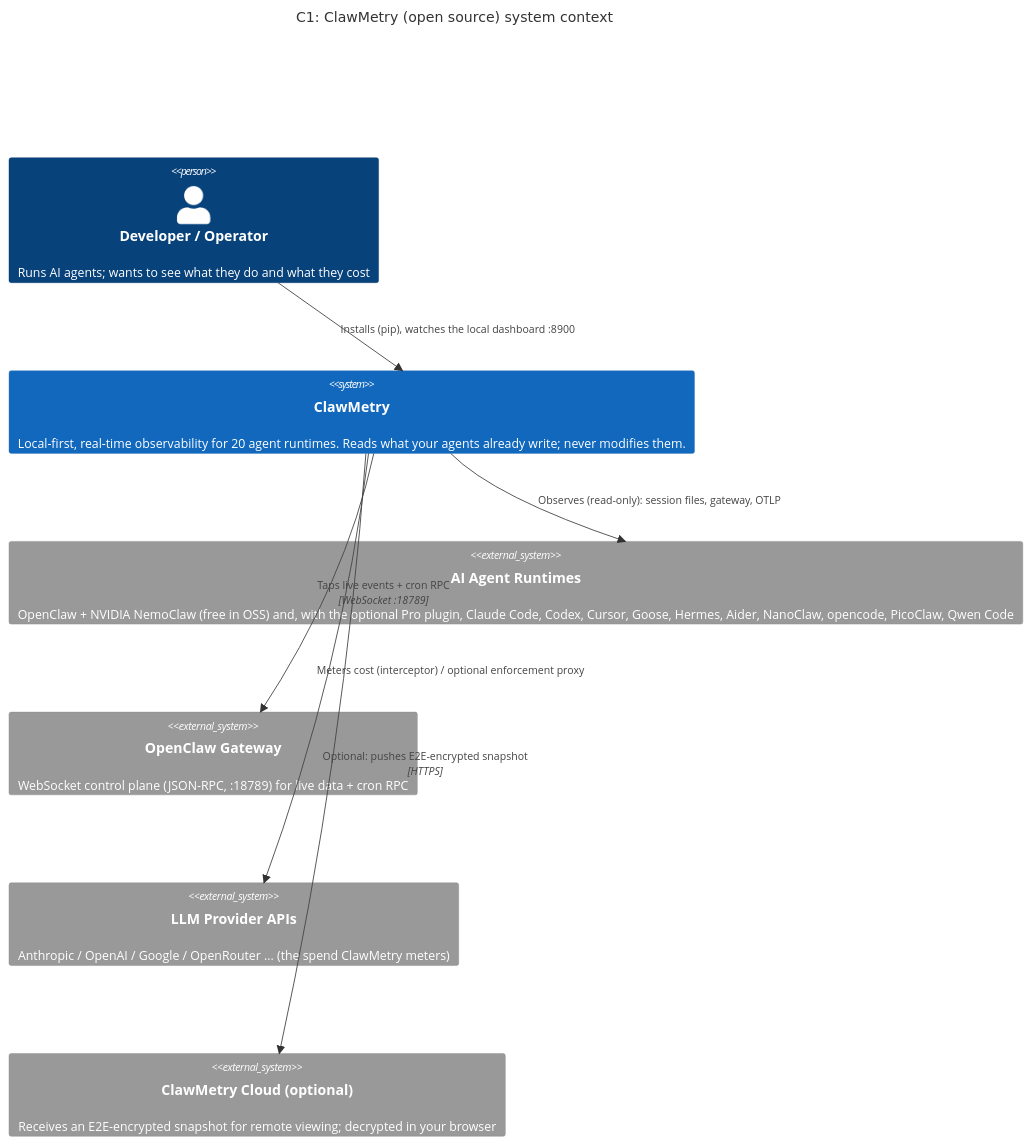
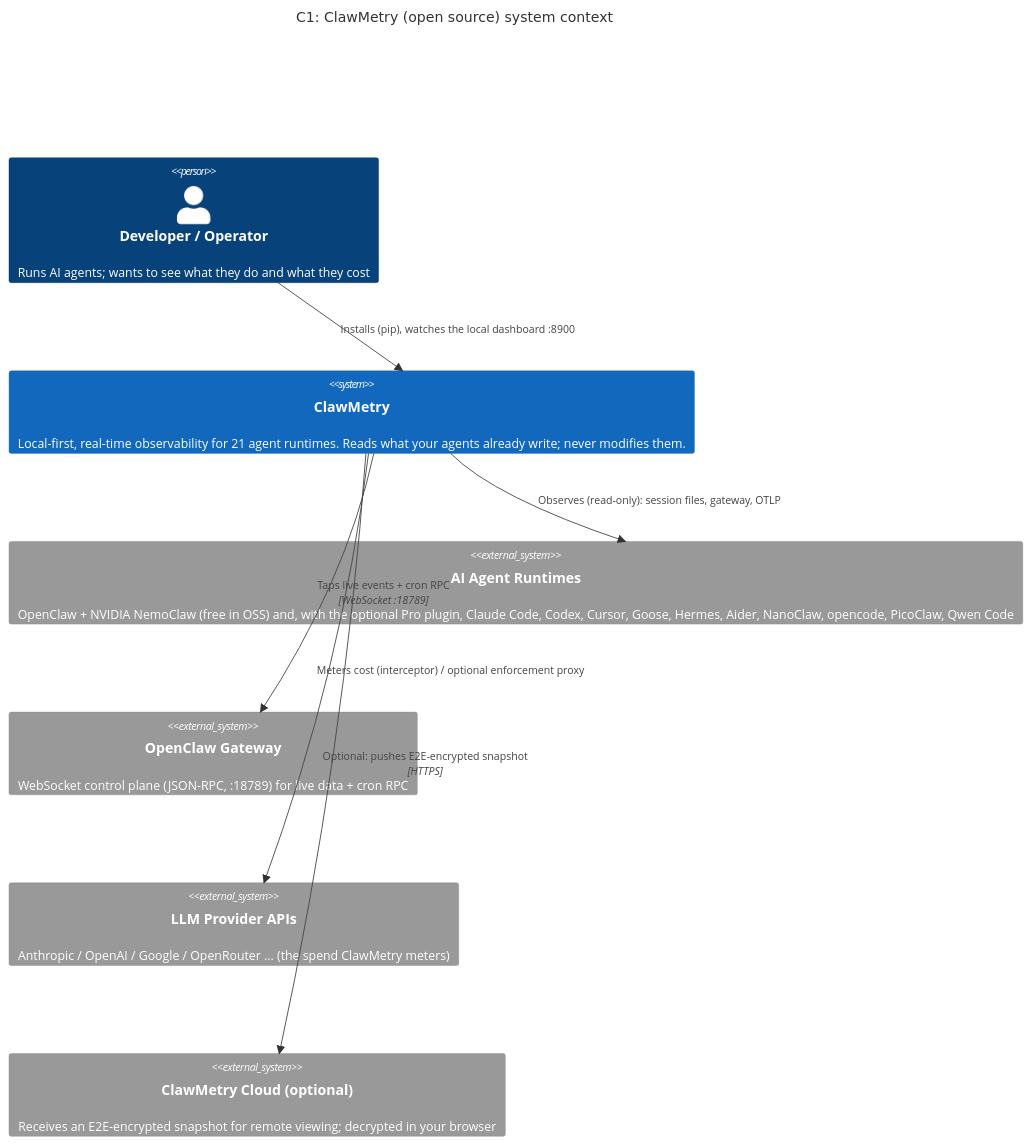
One commit to mrbrazzi/clawmetry changed the first of 2 diagrams in ARCHITECTURE.md. Above: the diagram before and after it, drawn with Mermaid. The commit also changed 34 other files, not shown here.

````diff
--- a/ARCHITECTURE.md
+++ b/ARCHITECTURE.md
@@ -37,18 +37,18 @@
 ```mermaid
 C4Context
 title C1: ClawMetry (open source) system context
 
 Person(dev, "Developer / Operator", "Runs AI agents; wants to see what they do and what they cost")
-System(clawmetry, "ClawMetry", "Local-first, real-time observability for 20 agent runtimes. Reads what your agents already write; never modifies them.")
+System(clawmetry, "ClawMetry", "Local-first, real-time observability for 21 agent runtimes. Reads what your agents already write; never modifies them.")
 
 System_Ext(runtimes, "AI Agent Runtimes", "OpenClaw + NVIDIA NemoClaw (free in OSS) and, with the optional Pro plugin, Claude Code, Codex, Cursor, Goose, Hermes, Aider, NanoClaw, opencode, PicoClaw, Qwen Code")
 System_Ext(gateway, "OpenClaw Gateway", "WebSocket control plane (JSON-RPC, :18789) for live data + cron RPC")
 System_Ext(llm, "LLM Provider APIs", "Anthropic / OpenAI / Google / OpenRouter ... (the spend ClawMetry meters)")
 System_Ext(cloud, "ClawMetry Cloud (optional)", "Receives an E2E-encrypted snapshot for remote viewing; decrypted in your browser")
 
 Rel(dev, clawmetry, "Installs (pip), watches the local dashboard :8900")
 Rel(clawmetry, runtimes, "Observes (read-only): session files, gateway, OTLP")
 Rel(clawmetry, gateway, "Taps live events + cron RPC", "WebSocket :18789")
 Rel(clawmetry, llm, "Meters cost (interceptor) / optional enforcement proxy")
 Rel(clawmetry, cloud, "Optional: pushes E2E-encrypted snapshot", "HTTPS")
 ```
````
